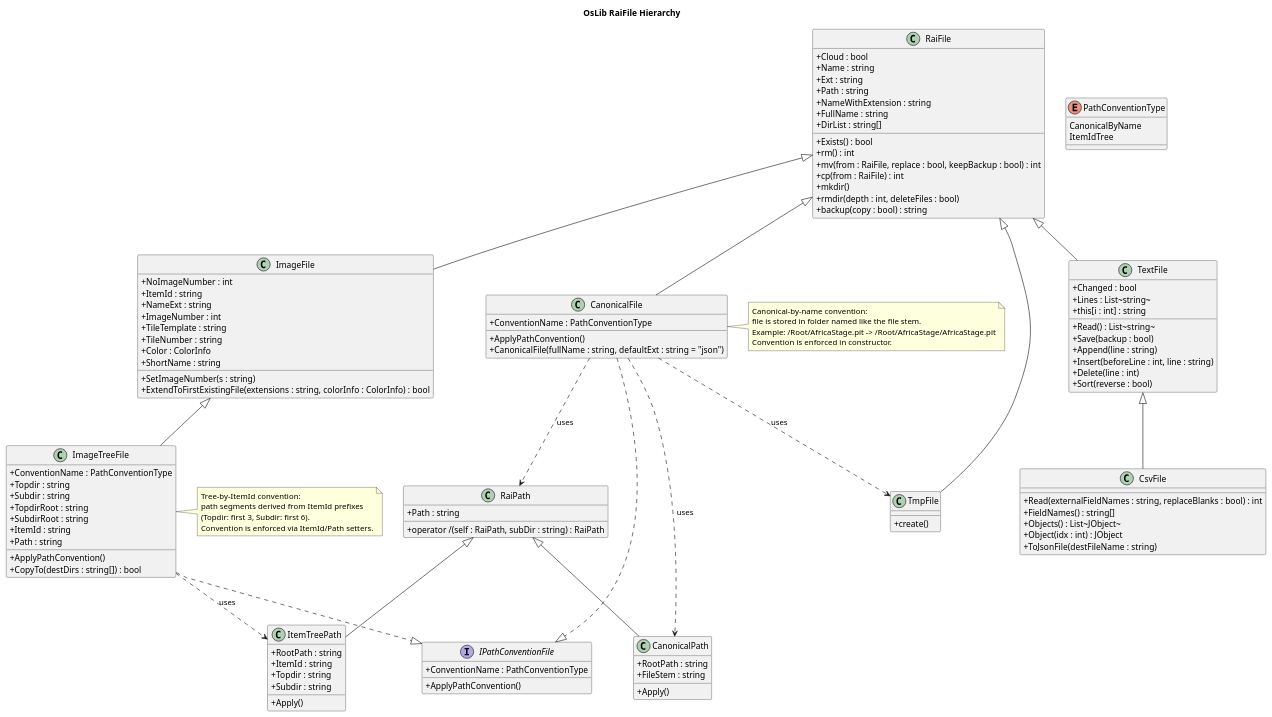
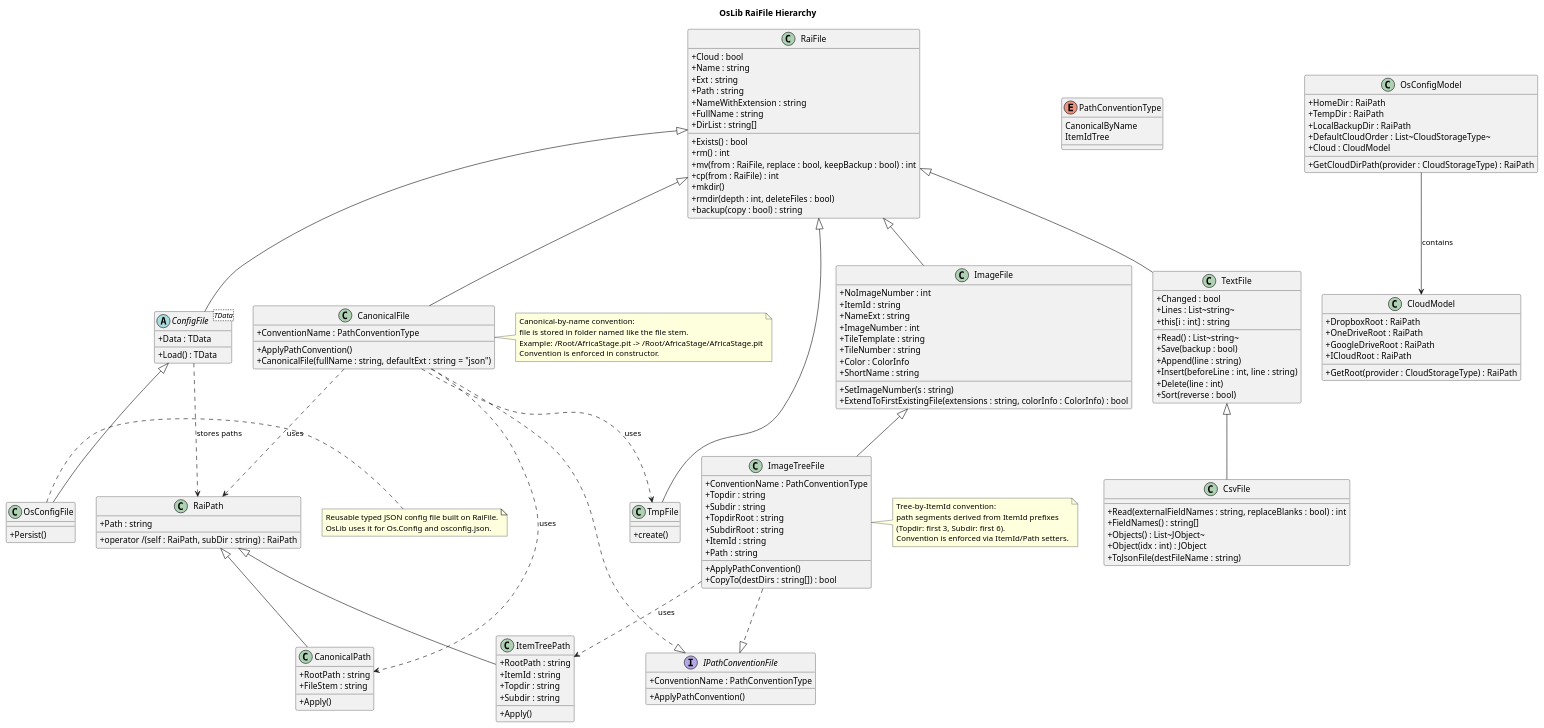
Before and after one commit to Burkhardt/OsLib: the diagram in RaiFile-Hierarchy.puml, drawn with PlantUML. The commit also changed 3 other files, not shown here.

Commit message:
Introduce Os.Config and release OsLib 3.3.0

```diff
--- a/RaiFile-Hierarchy.puml
+++ b/RaiFile-Hierarchy.puml
@@ -1,141 +1,176 @@
 @startuml OsLib-RaiFile-Hierarchy
 
 skinparam classAttributeIconSize 0
 show fields
 show methods
 
 title OsLib RaiFile Hierarchy
 
 interface IPathConventionFile {
   +ConventionName : PathConventionType
   +ApplyPathConvention()
 }
 
 enum PathConventionType {
   CanonicalByName
   ItemIdTree
 }
 
 class RaiPath {
   +Path : string
   +operator /(self : RaiPath, subDir : string) : RaiPath
 }
 
 class CanonicalPath {
   +RootPath : string
   +FileStem : string
   +Apply()
 }
 
 class ItemTreePath {
   +RootPath : string
   +ItemId : string
   +Topdir : string
   +Subdir : string
   +Apply()
 }
 
 class RaiFile {
   +Cloud : bool
   +Name : string
   +Ext : string
   +Path : string
   +NameWithExtension : string
   +FullName : string
   +DirList : string[]
   +Exists() : bool
   +rm() : int
   +mv(from : RaiFile, replace : bool, keepBackup : bool) : int
   +cp(from : RaiFile) : int
   +mkdir()
   +rmdir(depth : int, deleteFiles : bool)
   +backup(copy : bool) : string
+}
+
+abstract class "ConfigFile<TData>" as ConfigFile {
+  +Data : TData
+  +Load() : TData
+}
+
+class CloudModel {
+  +DropboxRoot : RaiPath
+  +OneDriveRoot : RaiPath
+  +GoogleDriveRoot : RaiPath
+  +ICloudRoot : RaiPath
+  +GetRoot(provider : CloudStorageType) : RaiPath
+}
+
+class OsConfigModel {
+  +HomeDir : RaiPath
+  +TempDir : RaiPath
+  +LocalBackupDir : RaiPath
+  +DefaultCloudOrder : List~CloudStorageType~
+  +Cloud : CloudModel
+  +GetCloudDirPath(provider : CloudStorageType) : RaiPath
+}
+
+class OsConfigFile {
+  +Persist()
 }
 
 class TextFile {
   +Changed : bool
   +Lines : List~string~
   +this[i : int] : string
   +Read() : List~string~
   +Save(backup : bool)
   +Append(line : string)
   +Insert(beforeLine : int, line : string)
   +Delete(line : int)
   +Sort(reverse : bool)
 }
 
 class CsvFile {
   +Read(externalFieldNames : string, replaceBlanks : bool) : int
   +FieldNames() : string[]
   +Objects() : List~JObject~
   +Object(idx : int) : JObject
   +ToJsonFile(destFileName : string)
 }
 
 class TmpFile {
   +create()
 }
 
 class CanonicalFile {
   +ConventionName : PathConventionType
   +ApplyPathConvention()
   +CanonicalFile(fullName : string, defaultExt : string = "json")
 }
 
 class ImageFile {
   +NoImageNumber : int
   +ItemId : string
   +NameExt : string
   +ImageNumber : int
   +TileTemplate : string
   +TileNumber : string
   +Color : ColorInfo
   +ShortName : string
   +SetImageNumber(s : string)
   +ExtendToFirstExistingFile(extensions : string, colorInfo : ColorInfo) : bool
 }
 
 class ImageTreeFile {
   +ConventionName : PathConventionType
   +ApplyPathConvention()
   +Topdir : string
   +Subdir : string
   +TopdirRoot : string
   +SubdirRoot : string
   +ItemId : string
   +Path : string
   +CopyTo(destDirs : string[]) : bool
 }
 
 note right of CanonicalFile
   Canonical-by-name convention:
   file is stored in folder named like the file stem.
   Example: /Root/AfricaStage.pit -> /Root/AfricaStage/AfricaStage.pit
   Convention is enforced in constructor.
 end note
 
 note right of ImageTreeFile
   Tree-by-ItemId convention:
   path segments derived from ItemId prefixes
   (Topdir: first 3, Subdir: first 6).
   Convention is enforced via ItemId/Path setters.
 end note
 
+note right of OsConfigFile
+  Reusable typed JSON config file built on RaiFile.
+  OsLib uses it for Os.Config and osconfig.json.
+end note
+
 CanonicalFile ..> TmpFile : uses
 CanonicalFile ..> RaiPath : uses
 CanonicalFile ..> CanonicalPath : uses
 CanonicalFile ..|> IPathConventionFile
 ImageTreeFile ..|> IPathConventionFile
 ImageTreeFile ..> ItemTreePath : uses
+ConfigFile ..> RaiPath : stores paths
+OsConfigModel --> CloudModel : contains
 
 RaiPath <|-- CanonicalPath
 RaiPath <|-- ItemTreePath
 
 RaiFile <|-- TextFile
 TextFile <|-- CsvFile
 RaiFile <|-- TmpFile
 RaiFile <|-- CanonicalFile
+RaiFile <|-- ConfigFile
+ConfigFile <|-- OsConfigFile
 RaiFile <|-- ImageFile
 ImageFile <|-- ImageTreeFile
 
 @enduml
```
